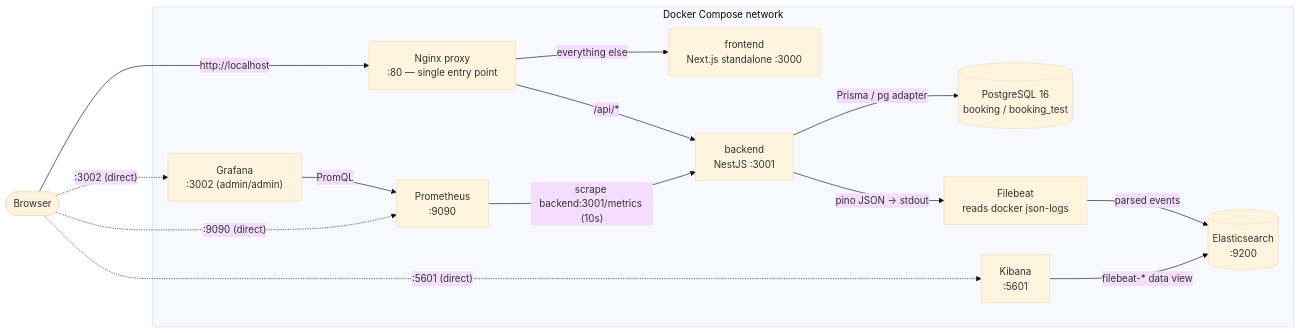
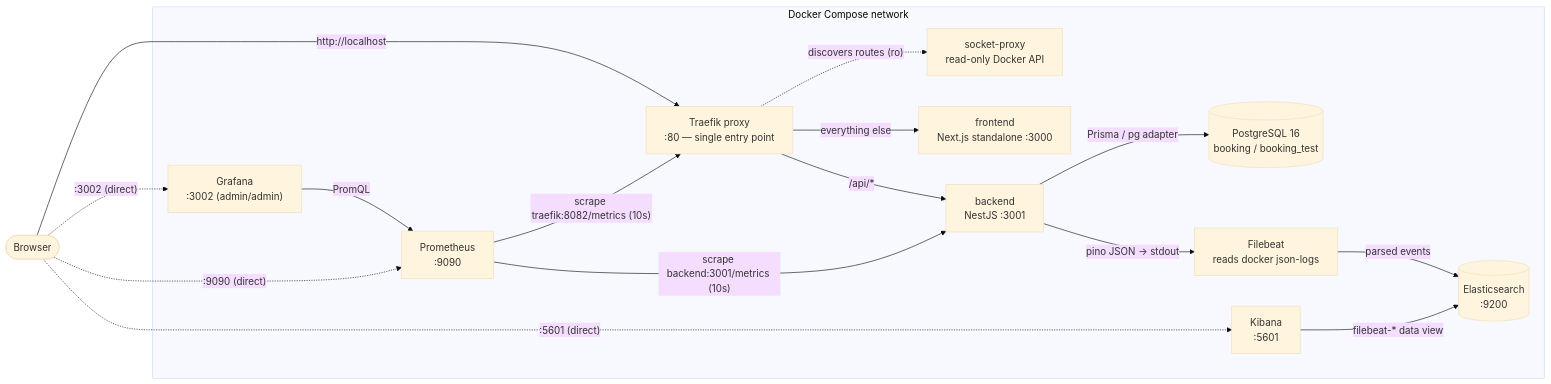
Before and after one commit to dmytronedilko/meeting-room-booking: the first of 5 diagrams in docs/Architecture.md, drawn with Mermaid (base theme). The commit also changed other lines of this file and 21 other files, not shown here.

First line of the commit message:
feat(infra): replace Nginx reverse proxy with Traefik

````diff
--- a/docs/Architecture.md
+++ b/docs/Architecture.md
@@ -28,29 +28,32 @@
 ```mermaid
 flowchart LR
     Browser(["Browser"])
 
     subgraph net["Docker Compose network"]
-        Proxy["Nginx proxy<br/>:80 — single entry point"]
+        Proxy["Traefik proxy<br/>:80 — single entry point"]
+        SP["socket-proxy<br/>read-only Docker API"]
         FE["frontend<br/>Next.js standalone :3000"]
         BE["backend<br/>NestJS :3001"]
         DB[("PostgreSQL 16<br/>booking / booking_test")]
         Prom["Prometheus<br/>:9090"]
         Graf["Grafana<br/>:3002 (admin/admin)"]
         FB["Filebeat<br/>reads docker json-logs"]
         ES[("Elasticsearch<br/>:9200")]
         Kib["Kibana<br/>:5601"]
     end
 
     Browser -- "http://localhost" --> Proxy
     Proxy -- "/api/*" --> BE
     Proxy -- "everything else" --> FE
     BE -- "Prisma / pg adapter" --> DB
     Prom -- "scrape backend:3001/metrics (10s)" --> BE
+    Prom -- "scrape traefik:8082/metrics (10s)" --> Proxy
+    Proxy -. "discovers routes (ro)" .-> SP
     Graf -- "PromQL" --> Prom
     BE -- "pino JSON → stdout" --> FB
     FB -- "parsed events" --> ES
     Kib -- "filebeat-* data view" --> ES
     Browser -. ":9090 (direct)" .-> Prom
     Browser -. ":3002 (direct)" .-> Graf
     Browser -. ":5601 (direct)" .-> Kib
 ```
````
